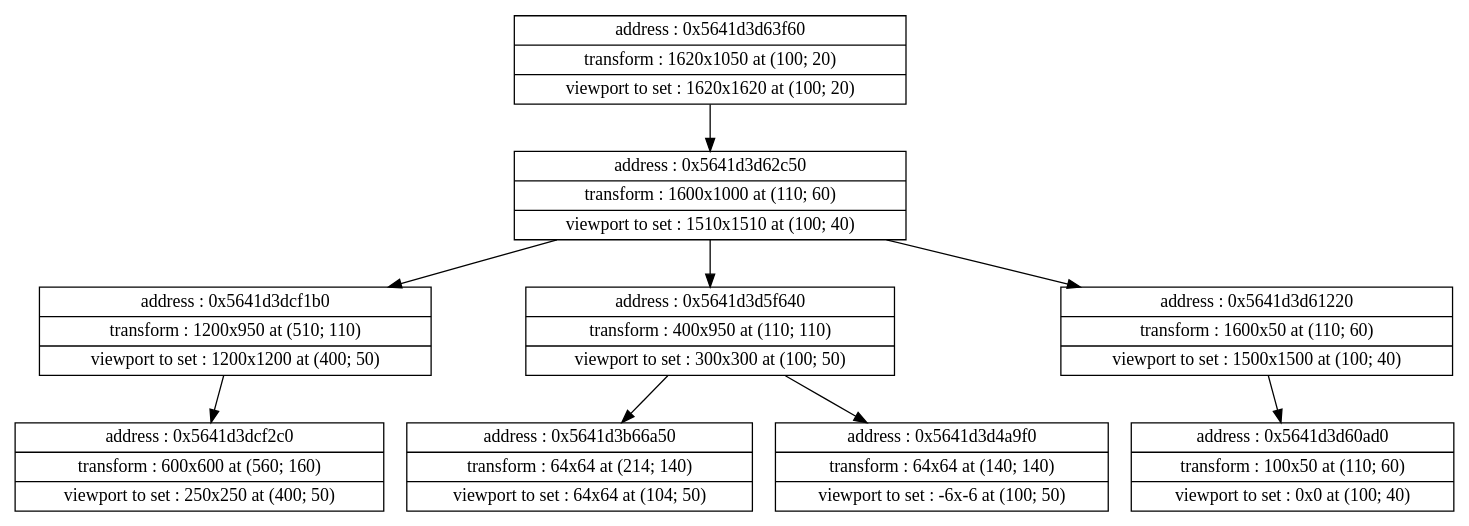
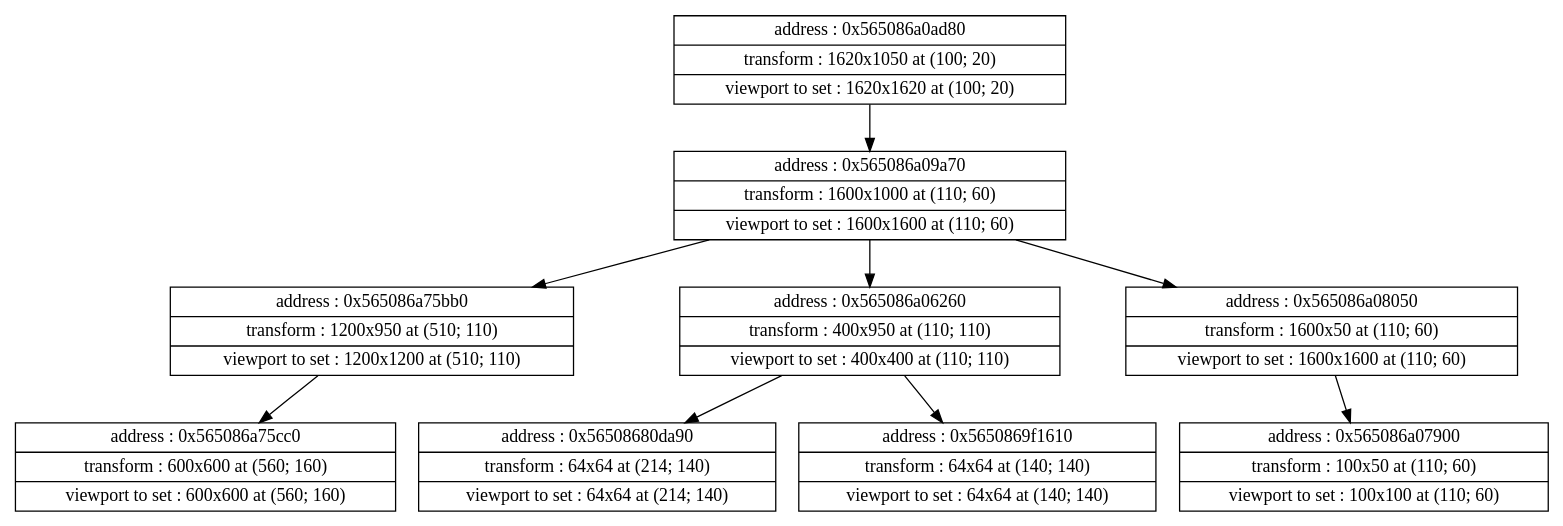
The diagram in projects/00_ShishGL/assets/layout.dot (Shishqa/3sem_cpp-practice), drawn with Graphviz before and after one commit. The commit also changed 21 other files, not shown here.

```diff
--- a/projects/00_ShishGL/assets/layout.dot
+++ b/projects/00_ShishGL/assets/layout.dot
@@ -1,29 +1,29 @@
 digraph {
 	node [shape=record]
-	node0x5641d3d63f60 [label = "{address : 0x5641d3d63f60 |transform : 1620x1050 at (100; 20) |viewport to set : 1620x1620 at (100; 20)}"];
+	node0x565086a0ad80 [label = "{address : 0x565086a0ad80 |transform : 1620x1050 at (100; 20) |viewport to set : 1620x1620 at (100; 20)}"];
 
-	 node0x5641d3d63f60 -> node0x5641d3d62c50 [color=black];
-	node0x5641d3d62c50 [label = "{address : 0x5641d3d62c50 |transform : 1600x1000 at (110; 60) |viewport to set : 1510x1510 at (100; 40)}"];
+	 node0x565086a0ad80 -> node0x565086a09a70 [color=black];
+	node0x565086a09a70 [label = "{address : 0x565086a09a70 |transform : 1600x1000 at (110; 60) |viewport to set : 1600x1600 at (110; 60)}"];
 
-	 node0x5641d3d62c50 -> node0x5641d3dcf1b0 [color=black];
-	node0x5641d3dcf1b0 [label = "{address : 0x5641d3dcf1b0 |transform : 1200x950 at (510; 110) |viewport to set : 1200x1200 at (400; 50)}"];
+	 node0x565086a09a70 -> node0x565086a75bb0 [color=black];
+	node0x565086a75bb0 [label = "{address : 0x565086a75bb0 |transform : 1200x950 at (510; 110) |viewport to set : 1200x1200 at (510; 110)}"];
 
-	 node0x5641d3dcf1b0 -> node0x5641d3dcf2c0 [color=black];
-	node0x5641d3dcf2c0 [label = "{address : 0x5641d3dcf2c0 |transform : 600x600 at (560; 160) |viewport to set : 250x250 at (400; 50)}"];
+	 node0x565086a75bb0 -> node0x565086a75cc0 [color=black];
+	node0x565086a75cc0 [label = "{address : 0x565086a75cc0 |transform : 600x600 at (560; 160) |viewport to set : 600x600 at (560; 160)}"];
 
-	 node0x5641d3d62c50 -> node0x5641d3d5f640 [color=black];
-	node0x5641d3d5f640 [label = "{address : 0x5641d3d5f640 |transform : 400x950 at (110; 110) |viewport to set : 300x300 at (100; 50)}"];
+	 node0x565086a09a70 -> node0x565086a06260 [color=black];
+	node0x565086a06260 [label = "{address : 0x565086a06260 |transform : 400x950 at (110; 110) |viewport to set : 400x400 at (110; 110)}"];
 
-	 node0x5641d3d5f640 -> node0x5641d3b66a50 [color=black];
-	node0x5641d3b66a50 [label = "{address : 0x5641d3b66a50 |transform : 64x64 at (214; 140) |viewport to set : 64x64 at (104; 50)}"];
+	 node0x565086a06260 -> node0x56508680da90 [color=black];
+	node0x56508680da90 [label = "{address : 0x56508680da90 |transform : 64x64 at (214; 140) |viewport to set : 64x64 at (214; 140)}"];
 
-	 node0x5641d3d5f640 -> node0x5641d3d4a9f0 [color=black];
-	node0x5641d3d4a9f0 [label = "{address : 0x5641d3d4a9f0 |transform : 64x64 at (140; 140) |viewport to set : -6x-6 at (100; 50)}"];
+	 node0x565086a06260 -> node0x5650869f1610 [color=black];
+	node0x5650869f1610 [label = "{address : 0x5650869f1610 |transform : 64x64 at (140; 140) |viewport to set : 64x64 at (140; 140)}"];
 
-	 node0x5641d3d62c50 -> node0x5641d3d61220 [color=black];
-	node0x5641d3d61220 [label = "{address : 0x5641d3d61220 |transform : 1600x50 at (110; 60) |viewport to set : 1500x1500 at (100; 40)}"];
+	 node0x565086a09a70 -> node0x565086a08050 [color=black];
+	node0x565086a08050 [label = "{address : 0x565086a08050 |transform : 1600x50 at (110; 60) |viewport to set : 1600x1600 at (110; 60)}"];
 
-	 node0x5641d3d61220 -> node0x5641d3d60ad0 [color=black];
-	node0x5641d3d60ad0 [label = "{address : 0x5641d3d60ad0 |transform : 100x50 at (110; 60) |viewport to set : 0x0 at (100; 40)}"];
+	 node0x565086a08050 -> node0x565086a07900 [color=black];
+	node0x565086a07900 [label = "{address : 0x565086a07900 |transform : 100x50 at (110; 60) |viewport to set : 100x100 at (110; 60)}"];
 
 }
```
